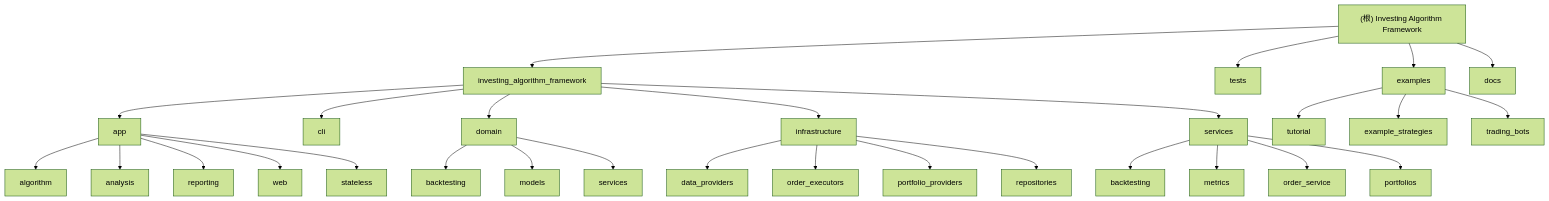
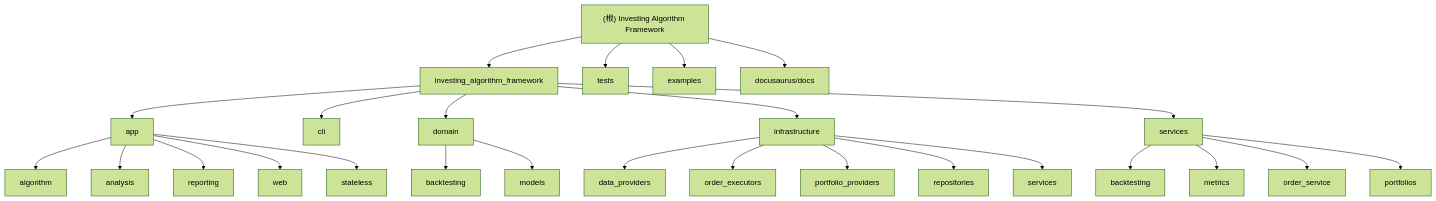
One commit to afanty2021/investing-algorithm-framework changed the diagram in CLAUDE.md. Above: the diagram before and after it, drawn with Mermaid (forest theme). The commit also changed other lines of this file, not shown here.

First line of the commit message:
docs(claude): update AI context for v7.24.0

````diff
--- a/CLAUDE.md
+++ b/CLAUDE.md
@@ -57,43 +58,44 @@
 ```mermaid
 graph TD
     A["(根) Investing Algorithm Framework"] --> B["investing_algorithm_framework"];
     A --> C["tests"];
     A --> D["examples"];
-    A --> E["docs"];
+    A --> E["docusaurus/docs"];
 
     B --> F["app"];
     B --> G["cli"];
     B --> H["domain"];
     B --> I["infrastructure"];
     B --> J["services"];
 
     F --> F1["algorithm"];
     F --> F2["analysis"];
     F --> F3["reporting"];
     F --> F4["web"];
     F --> F5["stateless"];
 
     H --> H1["backtesting"];
     H --> H2["models"];
-    H --> H3["services"];
 
     I --> I1["data_providers"];
     I --> I2["order_executors"];
     I --> I3["portfolio_providers"];
     I --> I4["repositories"];
+    I --> I5["services"];
 
     J --> J1["backtesting"];
     J --> J2["metrics"];
     J --> J3["order_service"];
     J --> J4["portfolios"];
 
-    D --> D1["tutorial"];
-    D --> D2["example_strategies"];
-    D --> D3["trading_bots"];
-
-    click F "./investing_algorithm_framework/app/CLAUDE.md" "查看 app 模块文档"
+    click F1 "./investing_algorithm_framework/app/algorithm/CLAUDE.md" "查看 algorithm 子模块文档"
     click G "./investing_algorithm_framework/cli/CLAUDE.md" "查看 cli 模块文档"
-    click H "./investing_algorithm_framework/domain/CLAUDE.md" "查看 domain 模块文档"
-    click I "./investing_algorithm_framework/infrastructure/CLAUDE.md" "查看 infrastructure 模块文档"
-    click J "./investing_algorithm_framework/services/CLAUDE.md" "查看 services 模块文档"
+    click H1 "./investing_algorithm_framework/domain/backtesting/CLAUDE.md" "查看 backtesting 子模块文档"
+    click H2 "./investing_algorithm_framework/domain/models/CLAUDE.md" "查看 models 子模块文档"
+    click I1 "./investing_algorithm_framework/infrastructure/data_providers/CLAUDE.md" "查看 data_providers 子模块文档"
+    click I2 "./investing_algorithm_framework/infrastructure/order_executors/CLAUDE.md" "查看 order_executors 子模块文档"
+    click I5 "./investing_algorithm_framework/infrastructure/services/backtesting/CLAUDE.md" "查看 backtesting 服务文档"
+    click J1 "./investing_algorithm_framework/services/backtesting/CLAUDE.md" "查看 backtesting 服务模块文档"
+    click J2 "./investing_algorithm_framework/services/metrics/CLAUDE.md" "查看 metrics 子模块文档"
+    click J4 "./investing_algorithm_framework/services/portfolios/CLAUDE.md" "查看 portfolios 子模块文档"
 ```
````
